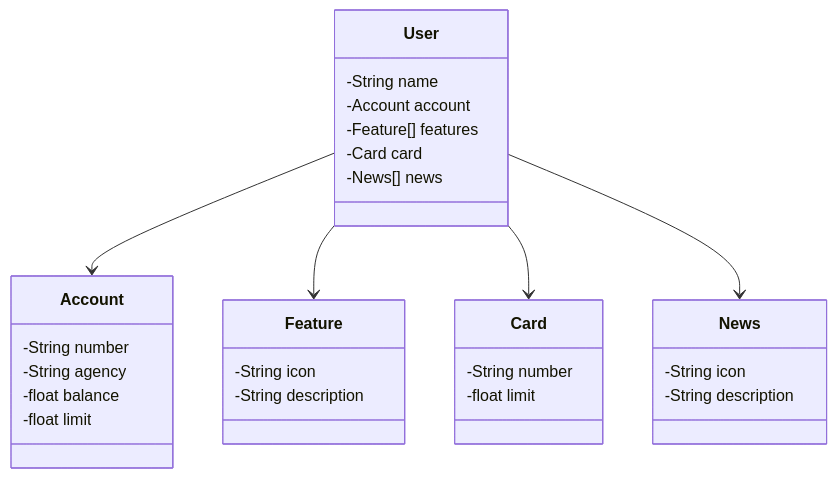
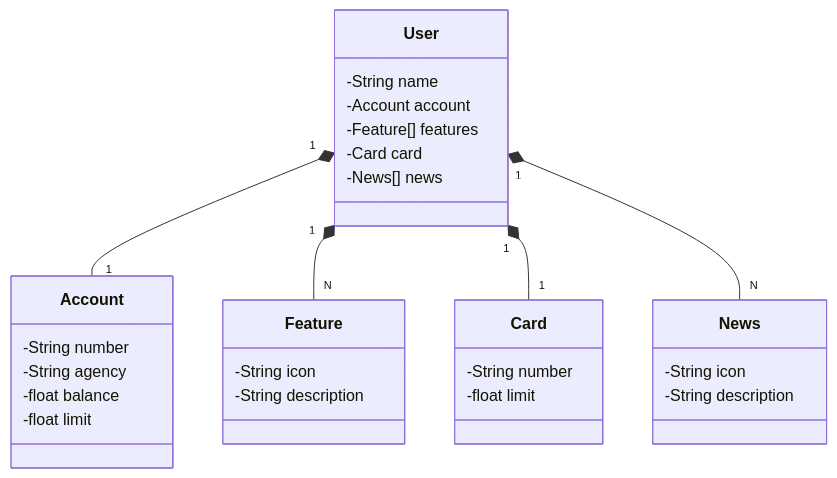
Before and after one commit to Danaraujoc/desafio-de-projeto-api-rest: the diagram in README.md, drawn with Mermaid.

````diff
--- a/README.md
+++ b/README.md
@@ -6,37 +6,37 @@
 ```mermaid
 classDiagram
     class User {
         -String name
         -Account account
         -Feature[] features
         -Card card
         -News[] news
     }
     
     class Account {
         -String number
         -String agency
         -float balance
         -float limit
     }
     
     class Feature {
         -String icon
         -String description
     }
 
     class Card {
         -String number
         -float limit
     }
 
     class News {
         -String icon
         -String description
     }
 
-    User --> Account
-    User --> Feature
-    User --> Card
-    User --> News
+    User "1" *-- "1" Account
+    User "1" *-- "N" Feature
+    User "1" *-- "1" Card
+    User "1" *-- "N" News
 ``` 
````
